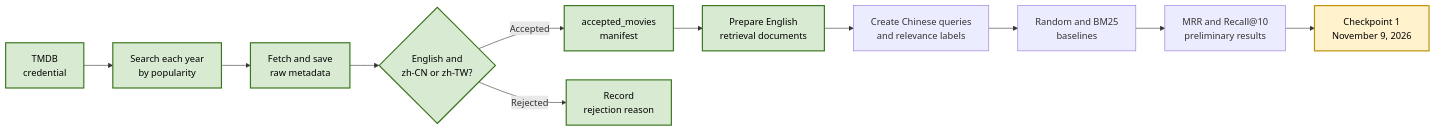
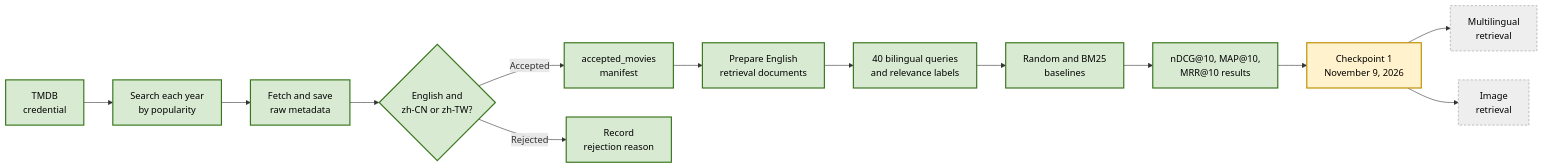
One commit to SammiWang0516/InformationRetrieval_AudioviusalMedia changed the diagram in README.md. Above: the diagram before and after it, drawn with Mermaid. The commit also changed other lines of this file and 4 other files, not shown here.

````diff
--- a/README.md
+++ b/README.md
@@ -21,18 +27,22 @@
 ```mermaid
 flowchart LR
     A["TMDB<br/>credential"] --> B["Search each year<br/>by popularity"]
     B --> C["Fetch and save<br/>raw metadata"]
     C --> D{"English and<br/>zh-CN or zh-TW?"}
     D -->|"Accepted"| E["accepted_movies<br/>manifest"]
     D -->|"Rejected"| R["Record<br/>rejection reason"]
     E --> F["Prepare English<br/>retrieval documents"]
-    F --> G["Create Chinese queries<br/>and relevance labels"]
+    F --> G["40 bilingual queries<br/>and relevance labels"]
     G --> H["Random and BM25<br/>baselines"]
-    H --> I["MRR and Recall@10<br/>preliminary results"]
+    H --> I["nDCG@10, MAP@10,<br/>MRR@10 results"]
     I --> J["Checkpoint 1<br/>November 9, 2026"]
+    J --> K["Multilingual<br/>retrieval"]
+    J --> L["Image<br/>retrieval"]
 
     classDef completed fill:#d9ead3,stroke:#38761d,stroke-width:2px,color:#000000;
     classDef checkpoint fill:#fff2cc,stroke:#bf9000,stroke-width:2px,color:#000000;
-    class A,B,C,D,E,F,R completed;
+    classDef planned fill:#eeeeee,stroke:#999999,stroke-width:1px,stroke-dasharray:4 3,color:#000000;
+    class A,B,C,D,E,F,R,G,H,I completed;
     class J checkpoint;
+    class K,L planned;
 ```
````
